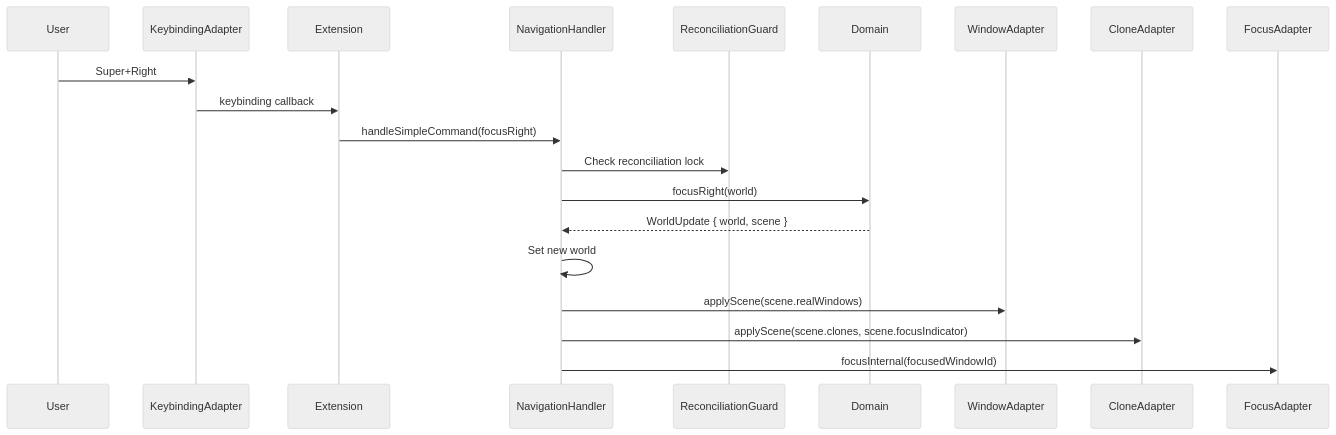
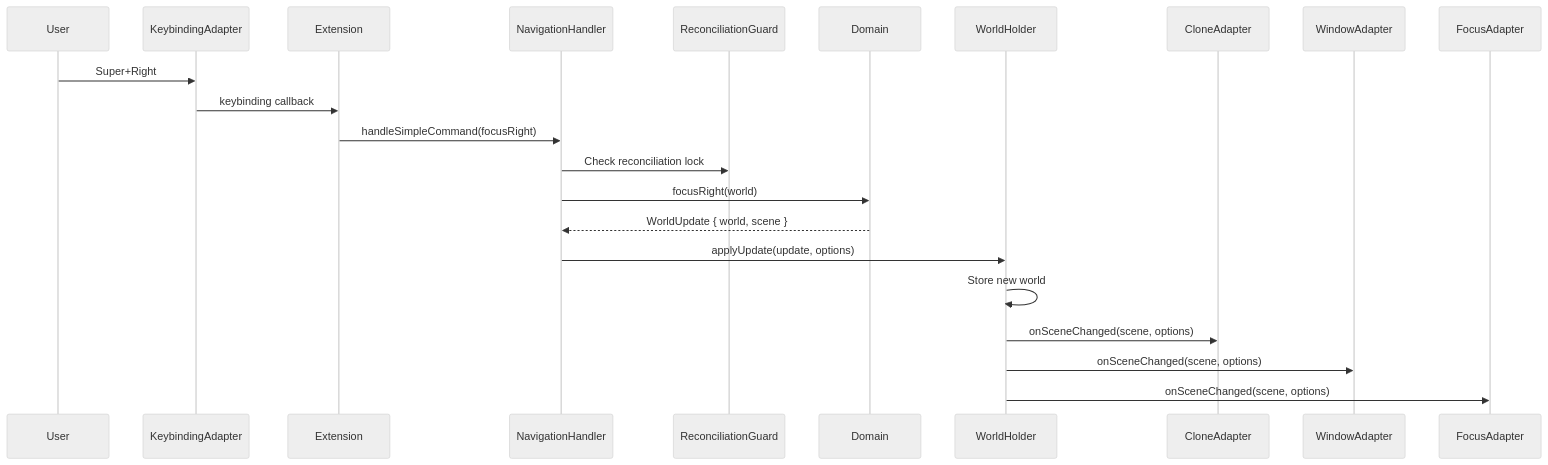
The eighth of 10 diagrams in docs/architecture.md (notiriel/kestrel), drawn with Mermaid (neutral theme) before and after one commit. The commit also changed other lines of this file and 1 other file, not shown here.

Commit message:
Update architecture docs for WorldHolder observer pattern and overview routing

````diff
--- a/docs/architecture.md
+++ b/docs/architecture.md
@@ -515,23 +520,25 @@
 ```mermaid
 sequenceDiagram
     participant User
     participant KB as KeybindingAdapter
     participant Ext as Extension
     participant NavH as NavigationHandler
     participant Guard as ReconciliationGuard
     participant Domain
+    participant WH as WorldHolder
+    participant Clone as CloneAdapter
     participant WinAdapt as WindowAdapter
-    participant Clone as CloneAdapter
     participant Focus as FocusAdapter
 
     User->>KB: Super+Right
     KB->>Ext: keybinding callback
     Ext->>NavH: handleSimpleCommand(focusRight)
     NavH->>Guard: Check reconciliation lock
     NavH->>Domain: focusRight(world)
     Domain-->>NavH: WorldUpdate { world, scene }
-    NavH->>NavH: Set new world
-    NavH->>WinAdapt: applyScene(scene.realWindows)
-    NavH->>Clone: applyScene(scene.clones, scene.focusIndicator)
-    NavH->>Focus: focusInternal(focusedWindowId)
+    NavH->>WH: applyUpdate(update, options)
+    WH->>WH: Store new world
+    WH->>Clone: onSceneChanged(scene, options)
+    WH->>WinAdapt: onSceneChanged(scene, options)
+    WH->>Focus: onSceneChanged(scene, options)
 ```
````
